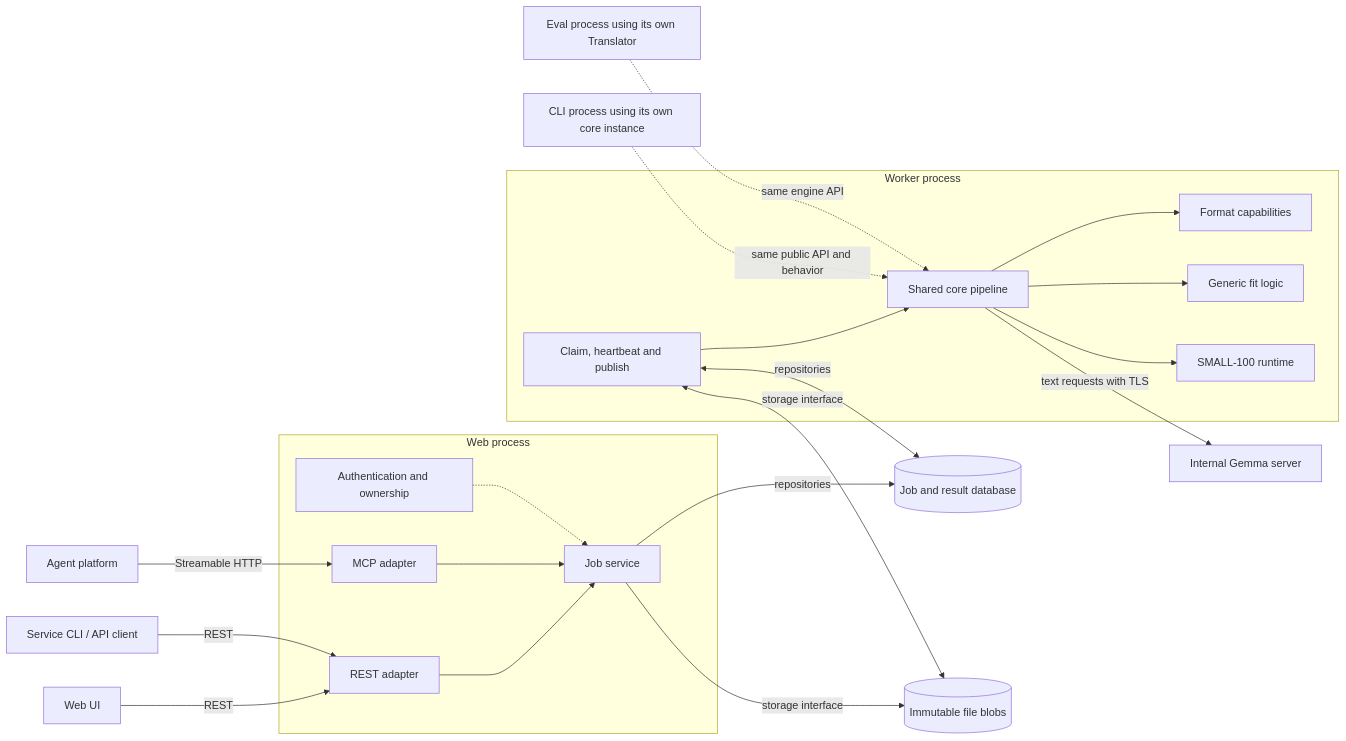
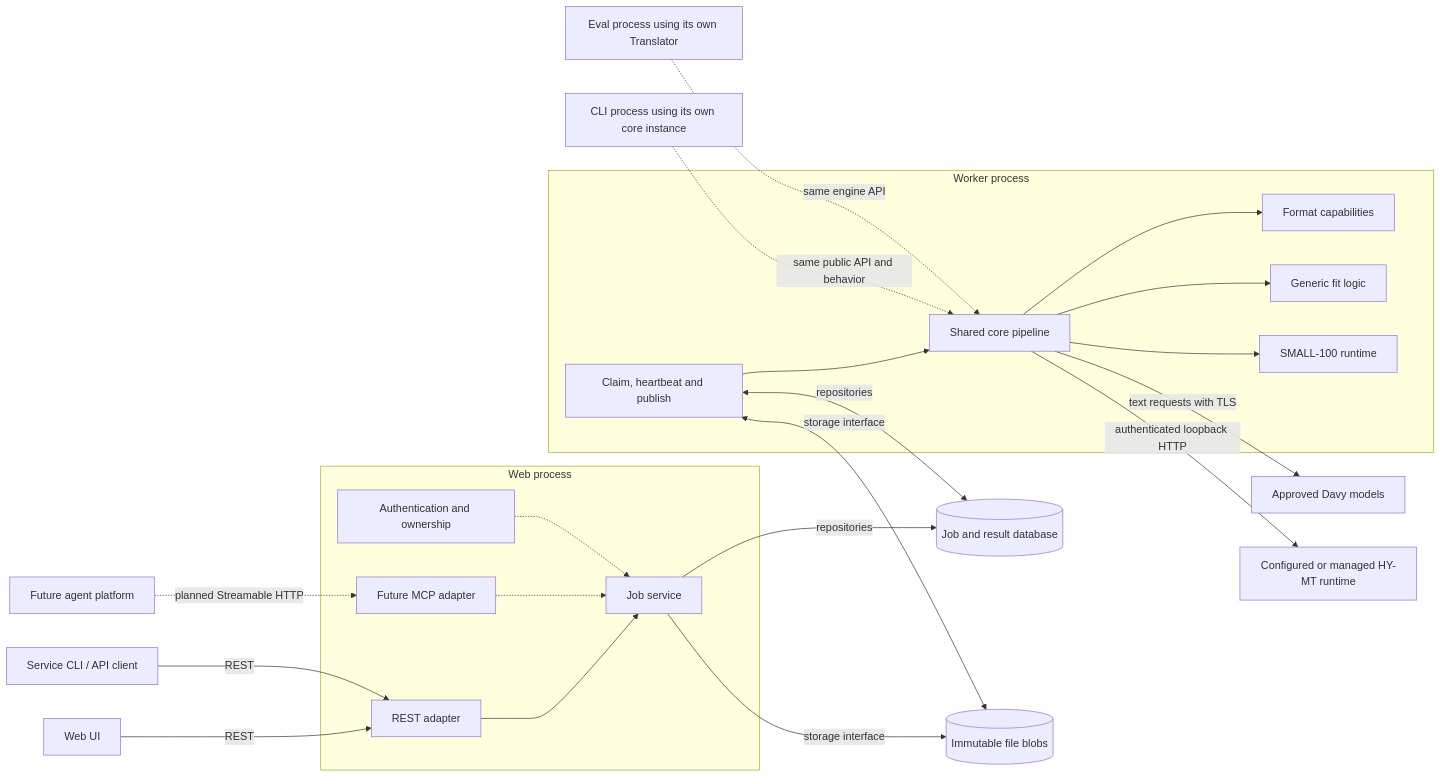
One commit to mlei06/document-translator changed the eighth of 19 diagrams in docs/Architecture.md. Above: the diagram before and after it, drawn with Mermaid. The commit also changed other lines of this file and 337 other files, not shown here.

````diff
--- a/docs/Architecture.md
+++ b/docs/Architecture.md
@@ -247,24 +365,25 @@
 ```mermaid
 flowchart LR
     WEB["Web UI"] -->|REST| API
     CLI["Service CLI / API client"] -->|REST| API
-    AGENT["Agent platform"] -->|Streamable HTTP| MCP
+    AGENT["Future agent platform"] -.->|planned Streamable HTTP| MCP
     subgraph SERVER["Web process"]
         API["REST adapter"] --> JOBS["Job service"]
-        MCP["MCP adapter"] --> JOBS
+        MCP["Future MCP adapter"] -.-> JOBS
         AUTH["Authentication and ownership"] -.-> JOBS
     end
     JOBS -->|repositories| DB[("Job and result database")]
     JOBS -->|storage interface| BLOB[("Immutable file blobs")]
     subgraph WORK["Worker process"]
         WORKER["Claim, heartbeat and publish"] --> CORE["Shared core pipeline"]
         CORE --> FORMATS["Format capabilities"]
         CORE --> FIT["Generic fit logic"]
         CORE --> MT["SMALL-100 runtime"]
     end
     WORKER <-->|repositories| DB
     WORKER <-->|storage interface| BLOB
-    CORE -->|text requests with TLS| GEMMA["Internal Gemma server"]
+    CORE -->|text requests with TLS| GEMMA["Approved Davy models"]
+    CORE -->|authenticated loopback HTTP| HYMT["Configured or managed HY-MT runtime"]
     LOCAL["CLI process using its own core instance"] -.->|same public API and behavior| CORE
     EVAL["Eval process using its own Translator"] -.->|same engine API| CORE
 ```
````
